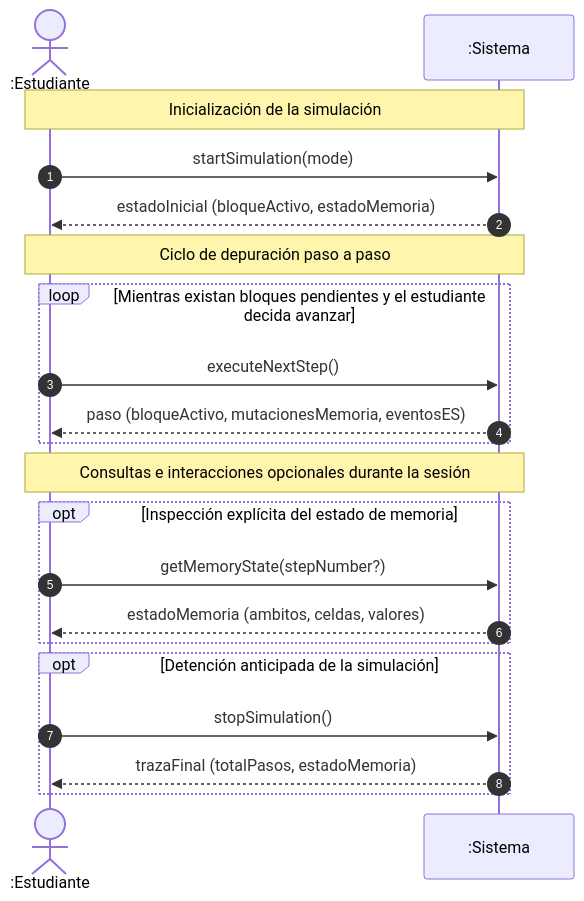
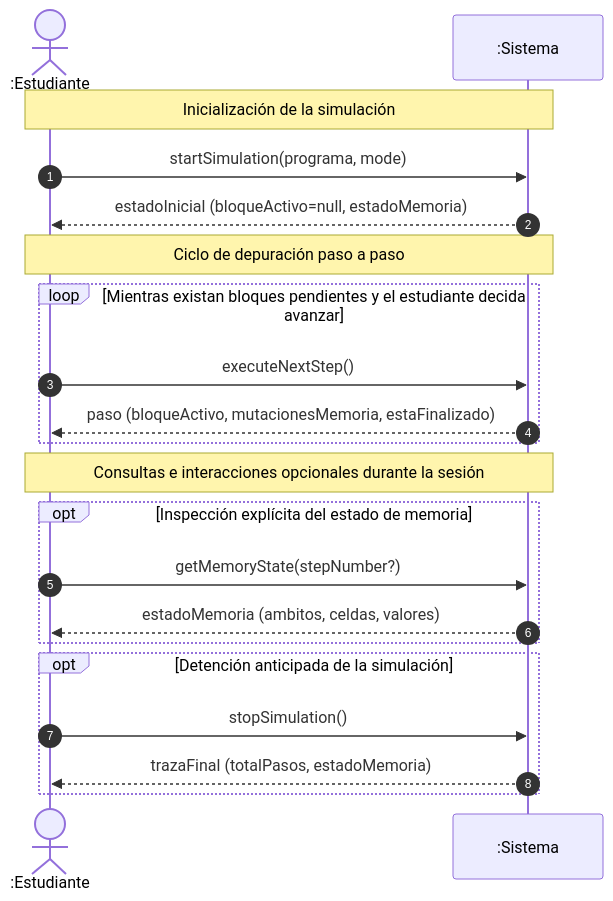
The diagram in docs/up/02-requirements/ssd/uc02.md (CrysoK/DiagramarPWA), drawn with Mermaid before and after one commit. The commit also changed other lines of this file and 1 other file, not shown here.

````diff
--- a/docs/up/02-requirements/ssd/uc02.md
+++ b/docs/up/02-requirements/ssd/uc02.md
@@ -11,27 +11,27 @@
 ```mermaid
 sequenceDiagram
     autonumber
     actor E as :Estudiante
     participant S as :Sistema
 
     Note over E, S: Inicialización de la simulación
-    E->>S: startSimulation(mode)
-    S-->>E: estadoInicial (bloqueActivo, estadoMemoria)
+    E->>S: startSimulation(programa, mode)
+    S-->>E: estadoInicial (bloqueActivo=null, estadoMemoria)
 
     Note over E, S: Ciclo de depuración paso a paso
     loop Mientras existan bloques pendientes y el estudiante decida avanzar
         E->>S: executeNextStep()
-        S-->>E: paso (bloqueActivo, mutacionesMemoria, eventosES)
+        S-->>E: paso (bloqueActivo, mutacionesMemoria, estaFinalizado)
     end
 
     Note over E, S: Consultas e interacciones opcionales durante la sesión
     opt Inspección explícita del estado de memoria
         E->>S: getMemoryState(stepNumber?)
         S-->>E: estadoMemoria (ambitos, celdas, valores)
     end
 
     opt Detención anticipada de la simulación
         E->>S: stopSimulation()
         S-->>E: trazaFinal (totalPasos, estadoMemoria)
     end
 ```
````
